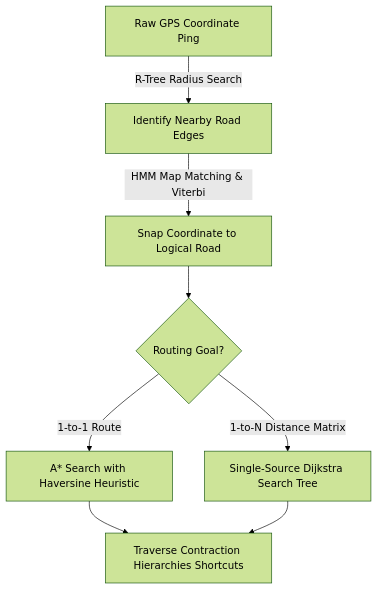
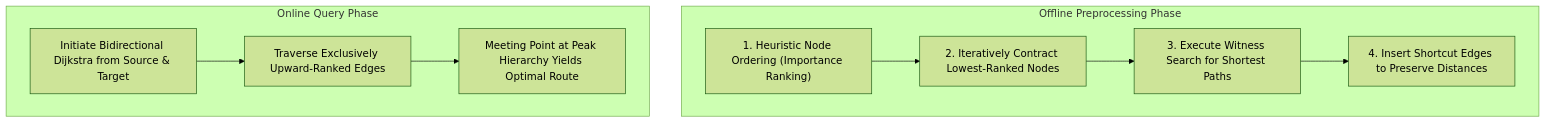
The third of 3 diagrams in content/series/routing-geospatial-architecture/part-1-core-algorithms.md (vesviet/vesviet), drawn with Mermaid (forest theme) before and after one commit. The commit also changed other lines of this file and 90 other files, not shown here.

````diff
--- a/content/series/routing-geospatial-architecture/part-1-core-algorithms.md
+++ b/content/series/routing-geospatial-architecture/part-1-core-algorithms.md
@@ -45,10 +148,17 @@
 ```mermaid
 flowchart TD
-    GPS["Raw GPS Coordinate Ping"] -->|"R-Tree Radius Search"| MBR["Identify Nearby Road Edges"]
-    MBR -->|"HMM Map Matching & Viterbi"| Snap["Snap Coordinate to Logical Road"]
-    Snap --> Decision{"Routing Goal?"}
-    Decision -- 1-to-1 Route --> AStar["A* Search with Haversine Heuristic"]
-    Decision -- 1-to-N Distance Matrix --> Dijkstra["Single-Source Dijkstra Search Tree"]
-    AStar --> CH["Traverse Contraction Hierarchies Shortcuts"]
-    Dijkstra --> CH
+    subgraph PreprocessingPhase ["Offline Preprocessing Phase"]
+        Order["1. Heuristic Node Ordering (Importance Ranking)"]
+        Contract["2. Iteratively Contract Lowest-Ranked Nodes"]
+        Witness["3. Execute Witness Search for Shortest Paths"]
+        Shortcut["4. Insert Shortcut Edges to Preserve Distances"]
+        Order --> Contract --> Witness --> Shortcut
+    end
+
+    subgraph QueryPhase ["Online Query Phase"]
+        BiDijkstra["Initiate Bidirectional Dijkstra from Source & Target"]
+        UpwardOnly["Traverse Exclusively Upward-Ranked Edges"]
+        Intersection["Meeting Point at Peak Hierarchy Yields Optimal Route"]
+        BiDijkstra --> UpwardOnly --> Intersection
+    end
 ```
````
